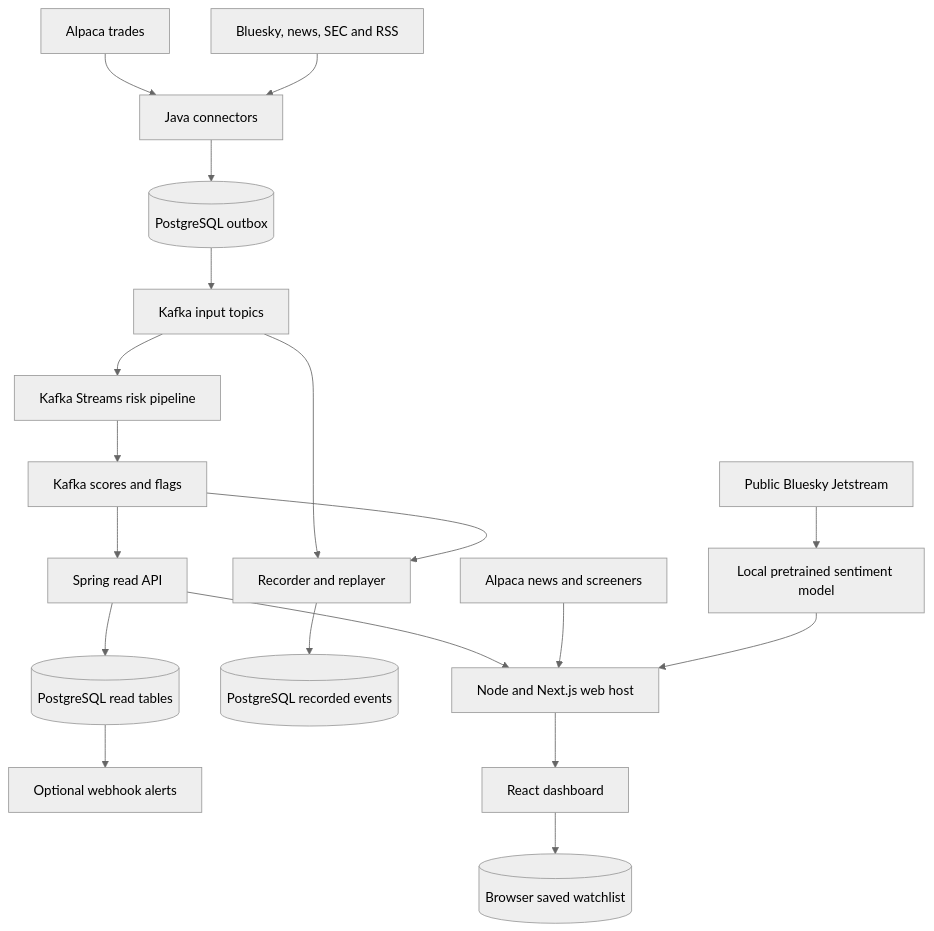
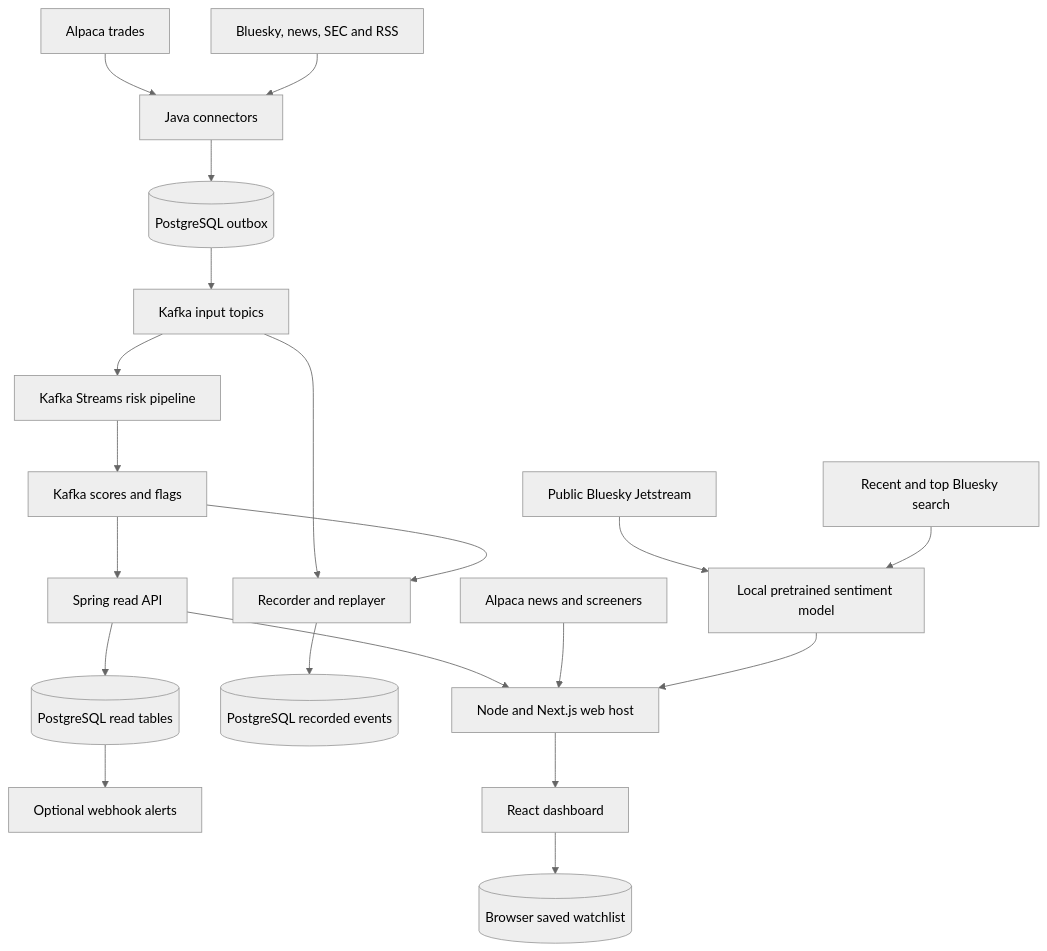
The first of 2 diagrams in docs/architecture.md (RLinV1/PumpDump), drawn with Mermaid (neutral theme) before and after one commit. The commit also changed other lines of this file and 16 other files, not shown here.

Commit message:
feat(web): analyze recent top Bluesky posts for ticker sentiment

````diff
--- a/docs/architecture.md
+++ b/docs/architecture.md
@@ -9,21 +9,22 @@
 ```mermaid
 flowchart TD
     Market[Alpaca trades] --> Connectors[Java connectors]
     Sources[Bluesky, news, SEC and RSS] --> Connectors
     Connectors --> Outbox[(PostgreSQL outbox)]
     Outbox --> Kafka[Kafka input topics]
     Kafka --> Pipeline[Kafka Streams risk pipeline]
     Pipeline --> Results[Kafka scores and flags]
     Results --> API[Spring read API]
     API --> ReadDB[(PostgreSQL read tables)]
     Kafka --> Recorder[Recorder and replayer]
     Results --> Recorder
     Recorder --> Events[(PostgreSQL recorded events)]
     ReadDB --> Alerts[Optional webhook alerts]
     API --> Web[Node and Next.js web host]
     Context[Alpaca news and screeners] --> Web
     Jetstream[Public Bluesky Jetstream] --> Model[Local pretrained sentiment model]
+    Search[Recent and top Bluesky search] --> Model
     Model --> Web
     Web --> Browser[React dashboard]
     Browser --> Preferences[(Browser saved watchlist)]
 ```
````
